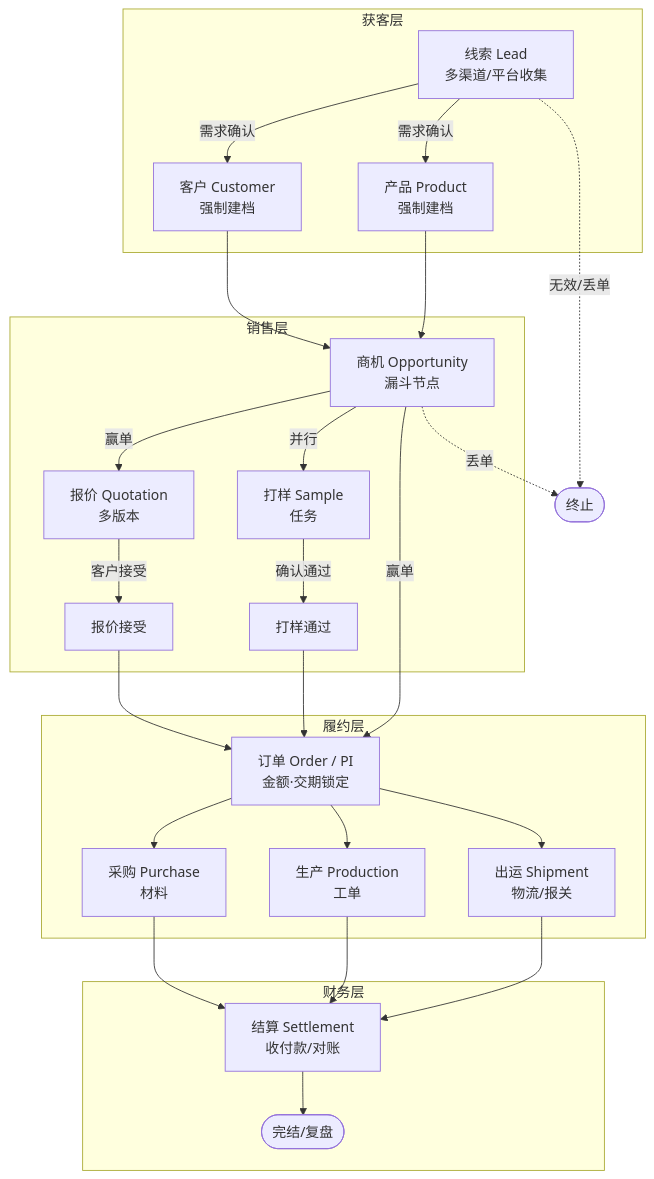
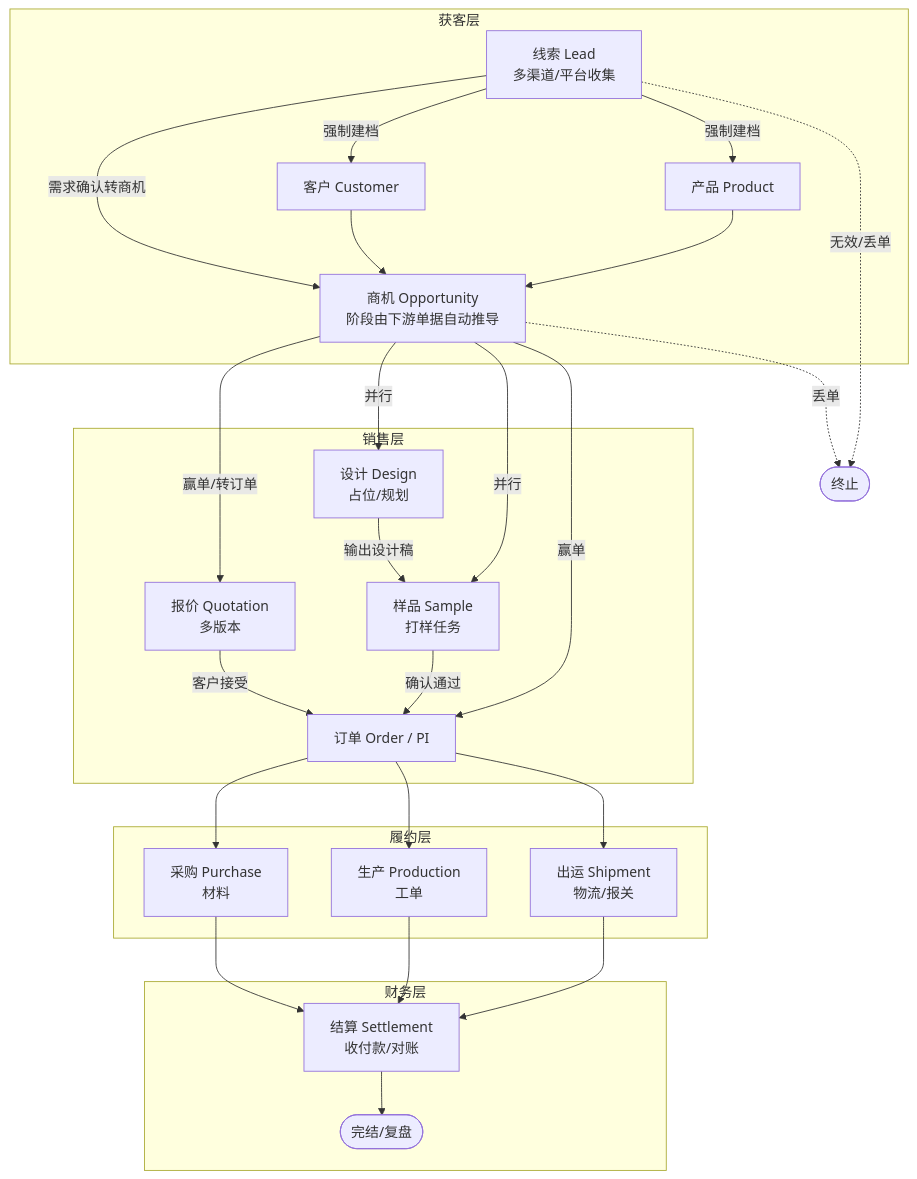
Before and after one commit to wx-wan/ysem: the first of 8 diagrams in docs/业务流程与状态机.md, drawn with Mermaid. The commit also changed other lines of this file, not shown here.

````diff
--- a/docs/业务流程与状态机.md
+++ b/docs/业务流程与状态机.md
@@ -10,35 +11,36 @@
 ```mermaid
 flowchart TD
     subgraph 获客层
-        L[线索 Lead<br/>多渠道/平台收集] -->|需求确认| C[客户 Customer<br/>强制建档]
-        L -->|需求确认| P[产品 Product<br/>强制建档]
+        L[线索 Lead<br/>多渠道/平台收集] -->|需求确认转商机| O[商机 Opportunity<br/>阶段由下游单据自动推导]
+        L -->|强制建档| C[客户 Customer]
+        L -->|强制建档| P[产品 Product]
     end
 
     subgraph 销售层
-        C --> O[商机 Opportunity<br/>漏斗节点]
+        C --> O
         P --> O
-        O -->|赢单| Q[报价 Quotation<br/>多版本]
-        O -->|并行| S[打样 Sample<br/>任务]
-        Q -->|客户接受| OOK[报价接受]
-        S -->|确认通过| SOK[打样通过]
+        O -->|赢单/转订单| Q[报价 Quotation<br/>多版本]
+        O -->|并行| D[设计 Design<br/>占位/规划]
+        O -->|并行| S[样品 Sample<br/>打样任务]
+        Q -->|客户接受| ORD[订单 Order / PI]
+        S -->|确认通过| ORD
+        D -->|输出设计稿| S
     end
 
     subgraph 履约层
-        OOK --> ORD[订单 Order / PI<br/>金额·交期锁定]
-        SOK --> ORD
         O -->|赢单| ORD
         ORD --> PUR[采购 Purchase<br/>材料]
         ORD --> PRD[生产 Production<br/>工单]
         ORD --> SHIP[出运 Shipment<br/>物流/报关]
     end
 
     subgraph 财务层
         PUR --> SET[结算 Settlement<br/>收付款/对账]
         PRD --> SET
         SHIP --> SET
         SET --> DONE([完结/复盘])
     end
 
     L -.->|无效/丢单| KILL([终止])
     O -.->|丢单| KILL
 ```
````
